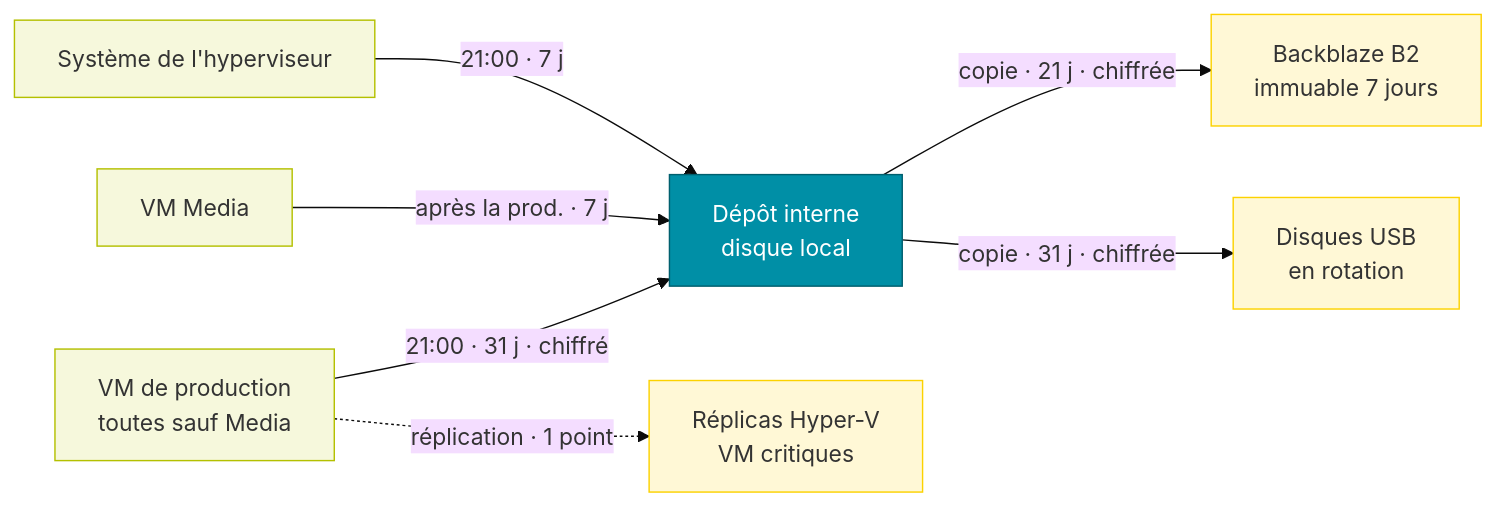
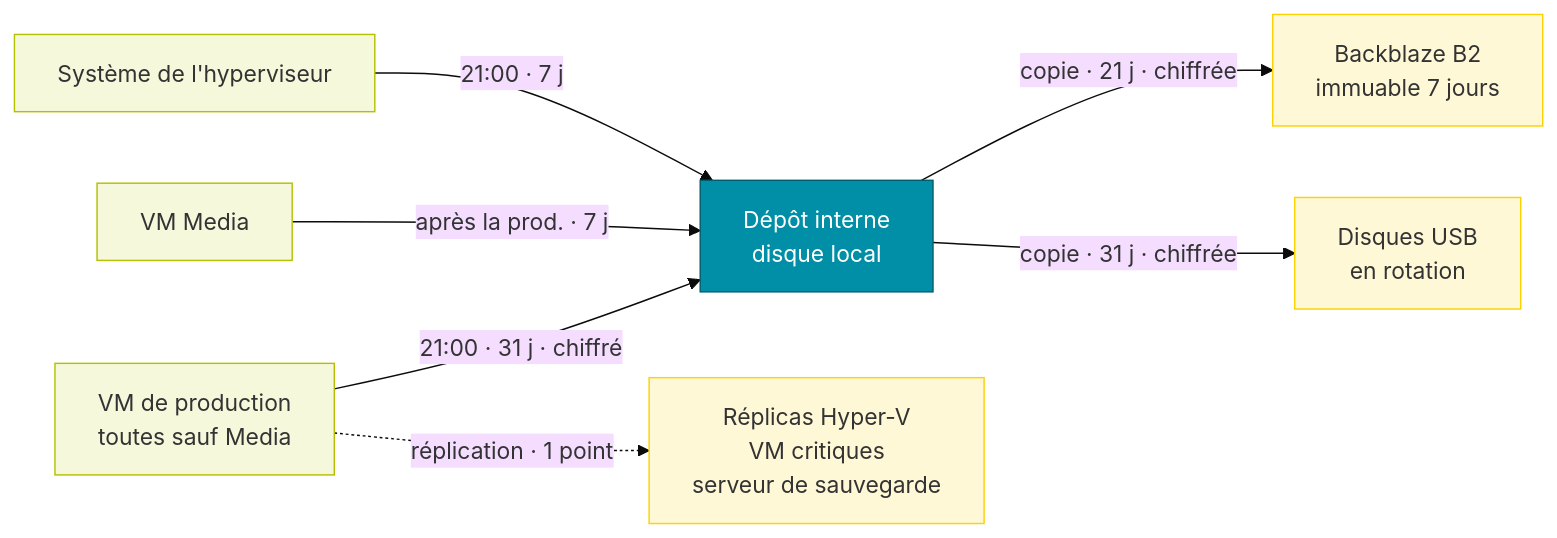
The fourth of 6 diagrams in infra/infrastructure.md (stylersnico/abyssproject-wiki), drawn with Mermaid (base theme) before and after one commit. The commit also changed other lines of this file, not shown here.

````diff
--- a/infra/infrastructure.md
+++ b/infra/infrastructure.md
@@ -272,22 +285,22 @@
 ```mermaid
 graph LR
   P["VM de production<br>toutes sauf Media"]
   M["VM Media"]
   O["Système de l'hyperviseur"]
   R["Dépôt interne<br>disque local"]
   B2["Backblaze B2<br>immuable 7 jours"]
   USB["Disques USB<br>en rotation"]
-  REP["Réplicas Hyper-V<br>VM critiques"]
+  REP["Réplicas Hyper-V<br>VM critiques<br>serveur de sauvegarde"]
   P -->|"21:00 · 31 j · chiffré"| R
   M -->|"après la prod. · 7 j"| R
   O -->|"21:00 · 7 j"| R
   R -->|"copie · 21 j · chiffrée"| B2
   R -->|"copie · 31 j · chiffrée"| USB
   P -.->|"réplication · 1 point"| REP
   classDef src fill:#F6F8DC,stroke:#B4C000,color:#333333;
   classDef core fill:#008FA6,stroke:#005F6E,color:#ffffff;
   classDef dst fill:#FFF8D6,stroke:#FCD200,color:#333333;
   class P,M,O src;
   class R core;
   class B2,USB,REP dst;
 ```
````
